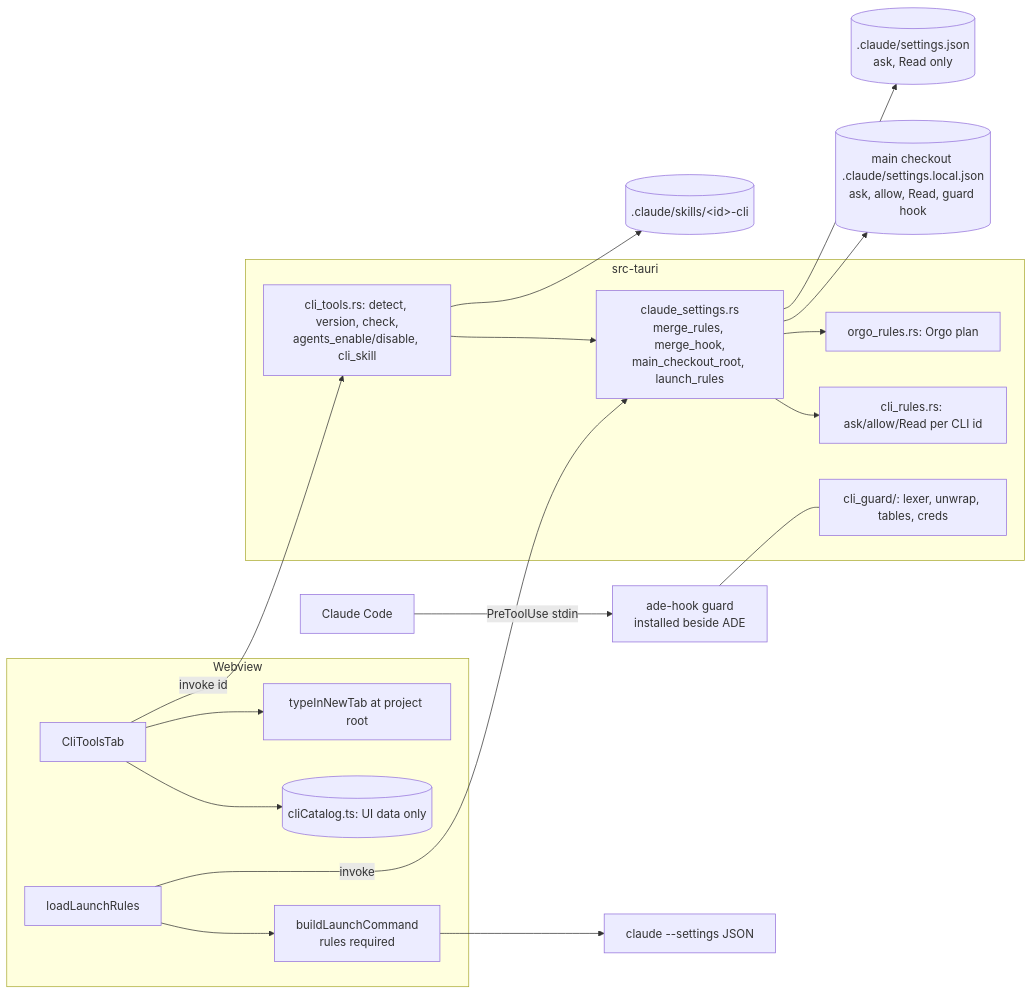
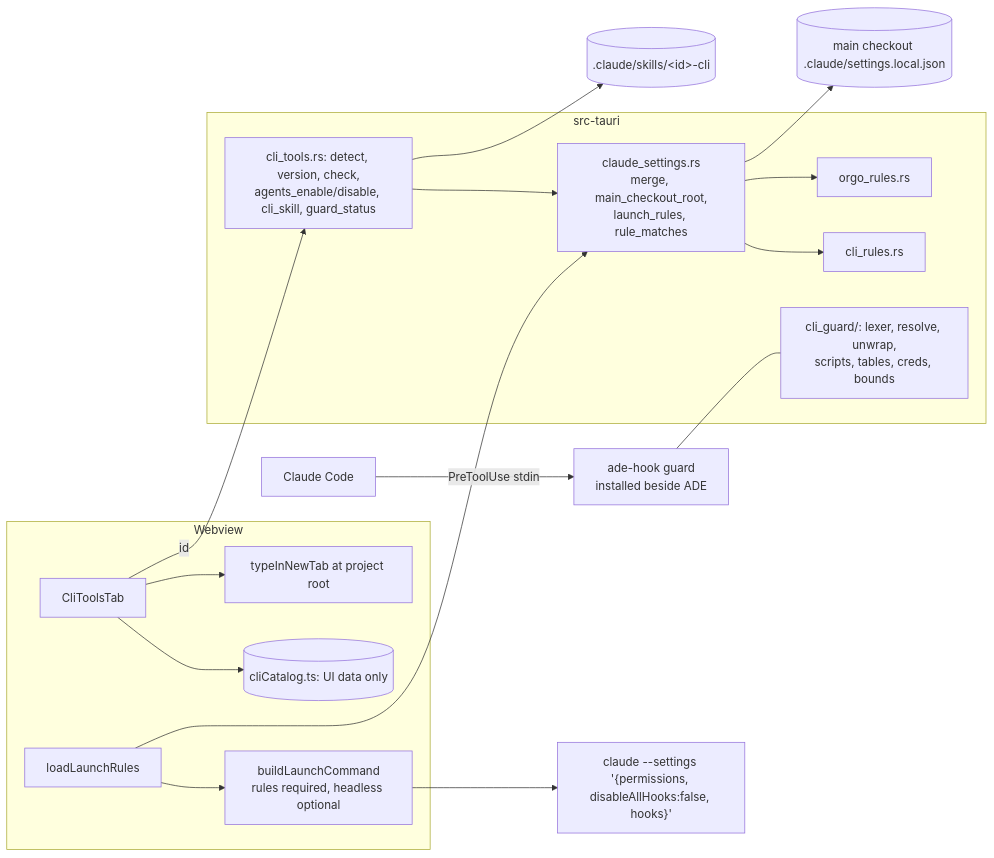
The first of 3 diagrams in _bmad-output/plan-cli-library-and-mcps.md (alvin-reyes/better-agentic-ide), drawn with Mermaid before and after one commit. The commit also changed other lines of this file, not shown here.

Commit message:
Plan: CLI guard review round 2 (principles check, shell-form hook, disableAllHooks, bounded parser)

````diff
--- a/_bmad-output/plan-cli-library-and-mcps.md
+++ b/_bmad-output/plan-cli-library-and-mcps.md
@@ -333,27 +348,23 @@
 ```mermaid
 flowchart LR
   subgraph Webview
     TAB[CliToolsTab] --> CAT[(cliCatalog.ts: UI data only)]
     TAB --> TC[typeInNewTab at project root]
-    LR[loadLaunchRules] --> BLC[buildLaunchCommand<br/>rules required]
+    LR[loadLaunchRules] --> BLC[buildLaunchCommand<br/>rules required, headless optional]
   end
   subgraph Rust[src-tauri]
-    CS[claude_settings.rs<br/>merge_rules, merge_hook,<br/>main_checkout_root, launch_rules]
-    CR[cli_rules.rs: ask/allow/Read per CLI id]
-    OR[orgo_rules.rs: Orgo plan]
-    CT[cli_tools.rs: detect, version, check,<br/>agents_enable/disable, cli_skill]
-    G[cli_guard/: lexer, unwrap, tables, creds]
+    CS[claude_settings.rs<br/>merge, main_checkout_root,<br/>launch_rules, rule_matches]
+    CR[cli_rules.rs]
+    OR[orgo_rules.rs]
+    CT[cli_tools.rs: detect, version, check,<br/>agents_enable/disable, cli_skill, guard_status]
+    G[cli_guard/: lexer, resolve, unwrap,<br/>scripts, tables, creds, bounds]
   end
   HELPER[ade-hook guard<br/>installed beside ADE]
-  LR -- invoke --> CS
-  CS --> CR
-  CS --> OR
-  TAB -- invoke id --> CT
-  CT --> CS
-  CS --> LOCAL[(main checkout .claude/settings.local.json<br/>ask, allow, Read, guard hook)]
-  CS --> SHARED[(.claude/settings.json<br/>ask, Read only)]
+  LR --> CS
+  CS --> CR & OR
+  TAB -- id --> CT --> CS
+  CS --> LOCAL[(main checkout .claude/settings.local.json)]
   CT --> SK[(.claude/skills/&lt;id&gt;-cli)]
-  BLC --> PTY[claude --settings JSON]
-  CC[Claude Code] -- PreToolUse stdin --> HELPER
-  HELPER --- G
+  BLC --> PTY["claude --settings '{permissions, disableAllHooks:false, hooks}'"]
+  CC[Claude Code] -- PreToolUse stdin --> HELPER --- G
 ```
````
